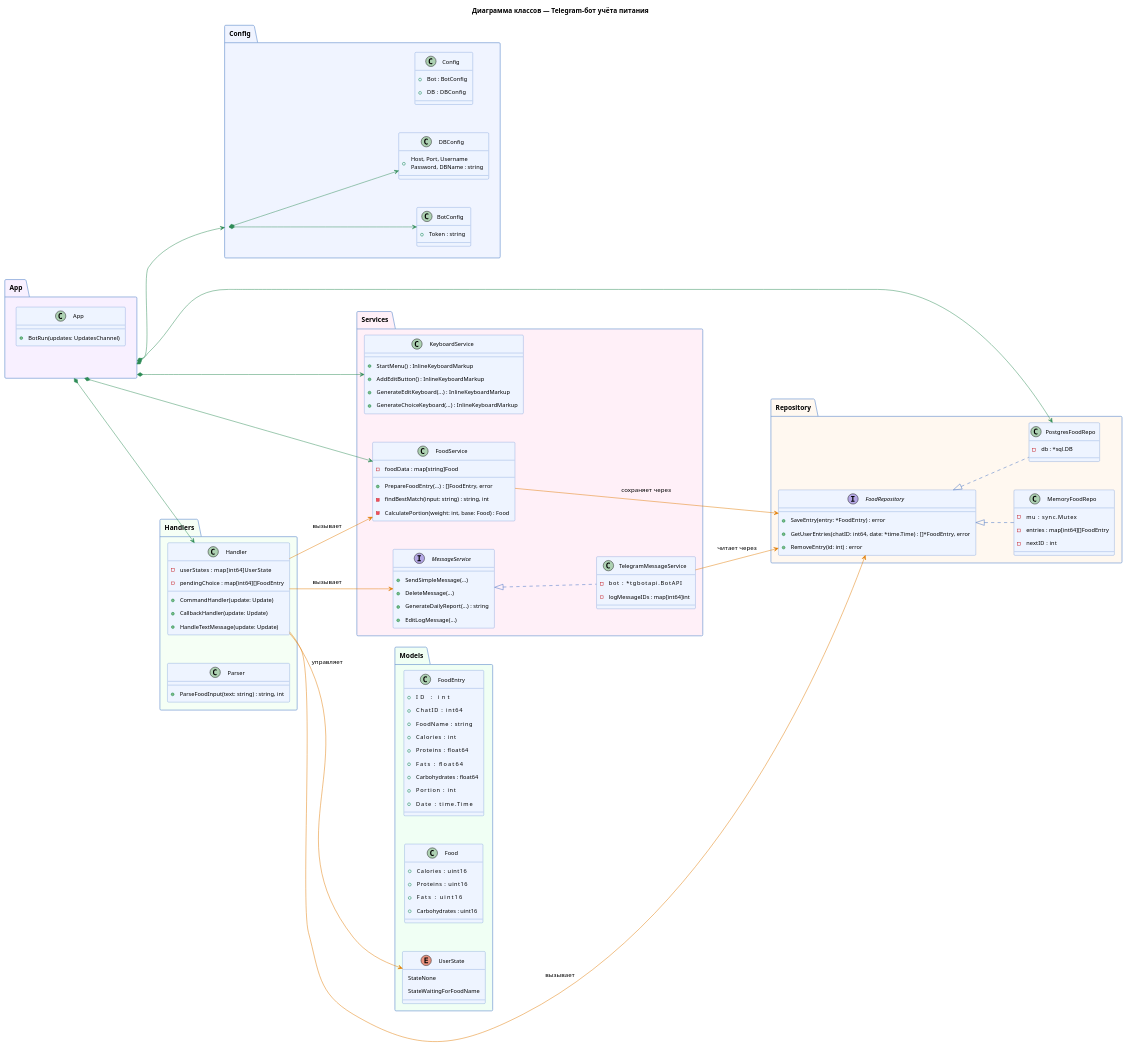
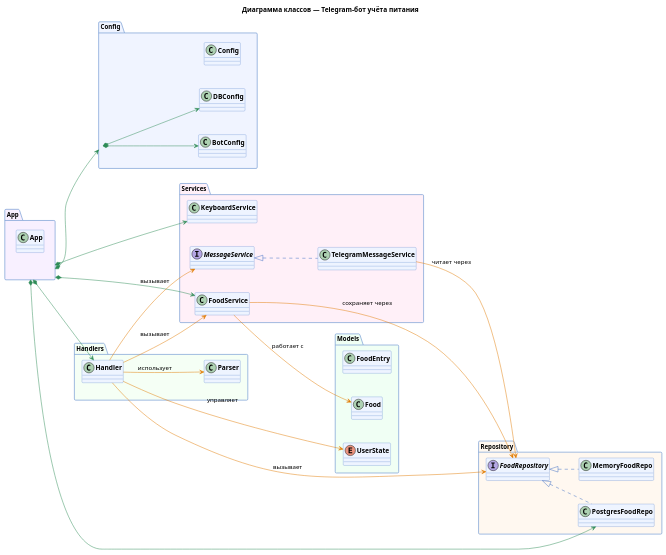
One commit to AD1N23/Spec changed the diagram in Задание 2/classes.puml. Above: the diagram before and after it, drawn with PlantUML.

Commit message:
Simplify class diagram: names and relations only

```diff
--- a/Задание 2/classes.puml
+++ b/Задание 2/classes.puml
@@ -1,135 +1,74 @@
 @startuml classes
 skinparam ClassBackgroundColor #EEF4FF
 skinparam ClassBorderColor #3A6BC4
-skinparam ClassFontSize 13
-skinparam ClassAttributeFontSize 12
+skinparam ClassFontSize 14
+skinparam ClassFontStyle bold
 skinparam PackageBackgroundColor #F5F8FF
 skinparam PackageBorderColor #7A9FD4
-skinparam Padding 6
-skinparam Nodesep 60
-skinparam Ranksep 80
+skinparam PackageFontSize 13
+skinparam Nodesep 50
+skinparam Ranksep 60
 
 left to right direction
 
 title Диаграмма классов — Telegram-бот учёта питания
 
 package "Config" #F0F4FF {
-  class Config {
-    +Bot : BotConfig
-    +DB  : DBConfig
-  }
-  class BotConfig {
-    +Token : string
-  }
-  class DBConfig {
-    +Host, Port, Username\nPassword, DBName : string
-  }
+  class Config
+  class BotConfig
+  class DBConfig
 }
 
 package "Models" #F0FFF4 {
-  class FoodEntry {
-    +ID            : int
-    +ChatID        : int64
-    +FoodName      : string
-    +Calories      : int
-    +Proteins      : float64
-    +Fats          : float64
-    +Carbohydrates : float64
-    +Portion       : int
-    +Date          : time.Time
-  }
-  class Food {
-    +Calories      : uint16
-    +Proteins      : uint16
-    +Fats          : uint16
-    +Carbohydrates : uint16
-  }
-  enum UserState {
-    StateNone
-    StateWaitingForFoodName
-  }
+  class FoodEntry
+  class Food
+  enum UserState
 }
 
 package "Repository" #FFF8F0 {
-  interface FoodRepository {
-    +SaveEntry(entry: *FoodEntry) : error
-    +GetUserEntries(chatID: int64, date: *time.Time) : []*FoodEntry, error
-    +RemoveEntry(id: int) : error
-  }
-  class PostgresFoodRepo {
-    -db : *sql.DB
-  }
-  class MemoryFoodRepo {
-    -mu      : sync.Mutex
-    -entries : map[int64][]FoodEntry
-    -nextID  : int
-  }
+  interface FoodRepository
+  class PostgresFoodRepo
+  class MemoryFoodRepo
 }
 
 package "Services" #FFF0F8 {
-  interface MessageService {
-    +SendSimpleMessage(...)
-    +DeleteMessage(...)
-    +GenerateDailyReport(...) : string
-    +EditLogMessage(...)
-  }
-  class TelegramMessageService {
-    -bot           : *tgbotapi.BotAPI
-    -logMessageIDs : map[int64]int
-  }
-  class KeyboardService {
-    +StartMenu() : InlineKeyboardMarkup
-    +AddEditButton() : InlineKeyboardMarkup
-    +GenerateEditKeyboard(...) : InlineKeyboardMarkup
-    +GenerateChoiceKeyboard(...) : InlineKeyboardMarkup
-  }
-  class FoodService {
-    -foodData : map[string]Food
-    +PrepareFoodEntry(...) : []FoodEntry, error
-    -findBestMatch(input: string) : string, int
-    -CalculatePortion(weight: int, base: Food) : Food
-  }
+  interface MessageService
+  class TelegramMessageService
+  class KeyboardService
+  class FoodService
 }
 
 package "Handlers" #F5FFF5 {
-  class Handler {
-    -userStates    : map[int64]UserState
-    -pendingChoice : map[int64][]FoodEntry
-    +CommandHandler(update: Update)
-    +CallbackHandler(update: Update)
-    +HandleTextMessage(update: Update)
-  }
-  class Parser {
-    +ParseFoodInput(text: string) : string, int
-  }
+  class Handler
+  class Parser
 }
 
 package "App" #F8F0FF {
-  class App {
-    +BotRun(updates: UpdatesChannel)
-  }
+  class App
 }
 
 ' ── Реализация интерфейсов (синий) ───────────────────
 FoodRepository <|.. PostgresFoodRepo #3A6BC4
 FoodRepository <|.. MemoryFoodRepo #3A6BC4
 MessageService <|.. TelegramMessageService #3A6BC4
 
 ' ── Агрегация / владение (зелёный) ──────────────────
+App *--> Config #2E8B57
 App *--> Handler #2E8B57
 App *--> PostgresFoodRepo #2E8B57
 App *--> FoodService #2E8B57
 App *--> KeyboardService #2E8B57
-App *--> Config #2E8B57
 Config *--> BotConfig #2E8B57
 Config *--> DBConfig #2E8B57
 
 ' ── Использование / зависимость (оранжевый) ──────────
 Handler --> FoodService #E07B00 : вызывает
 Handler --> FoodRepository #E07B00 : вызывает
 Handler --> MessageService #E07B00 : вызывает
 Handler --> UserState #E07B00 : управляет
+Handler --> Parser #E07B00 : использует
 FoodService --> FoodRepository #E07B00 : сохраняет через
+FoodService --> Food #E07B00 : работает с
 TelegramMessageService --> FoodRepository #E07B00 : читает через
 
 @enduml
```
